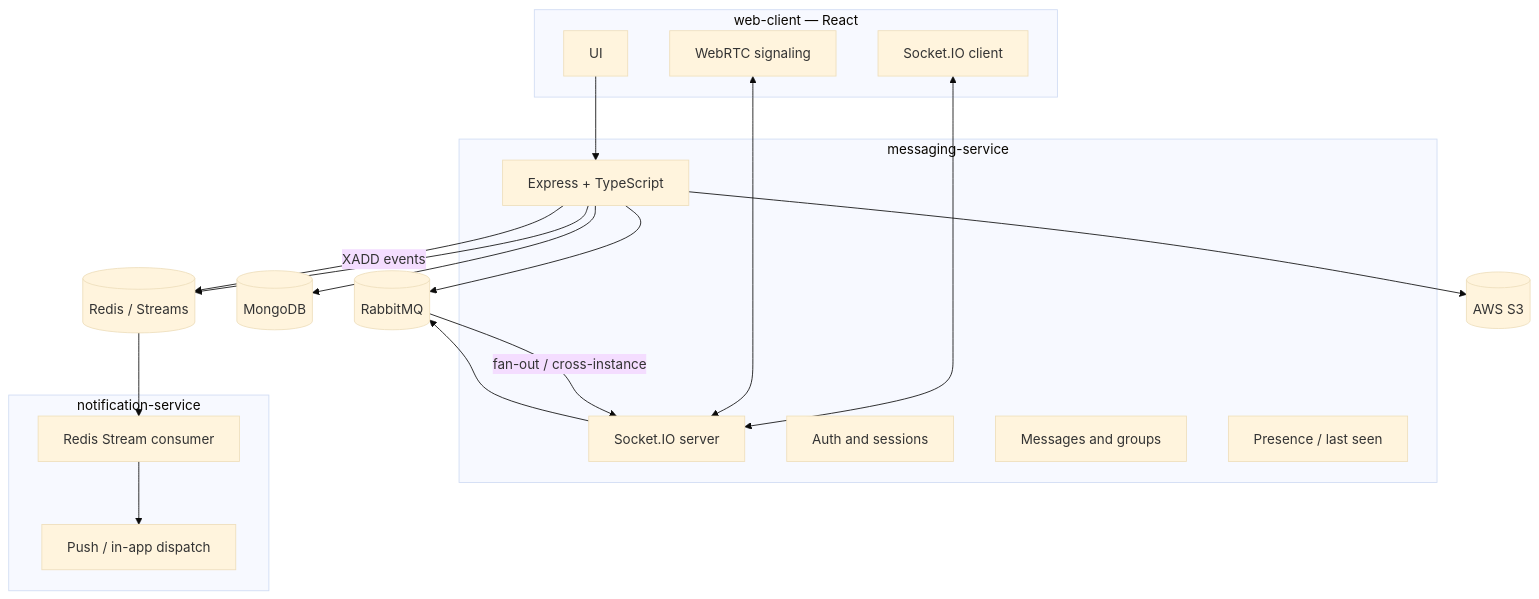
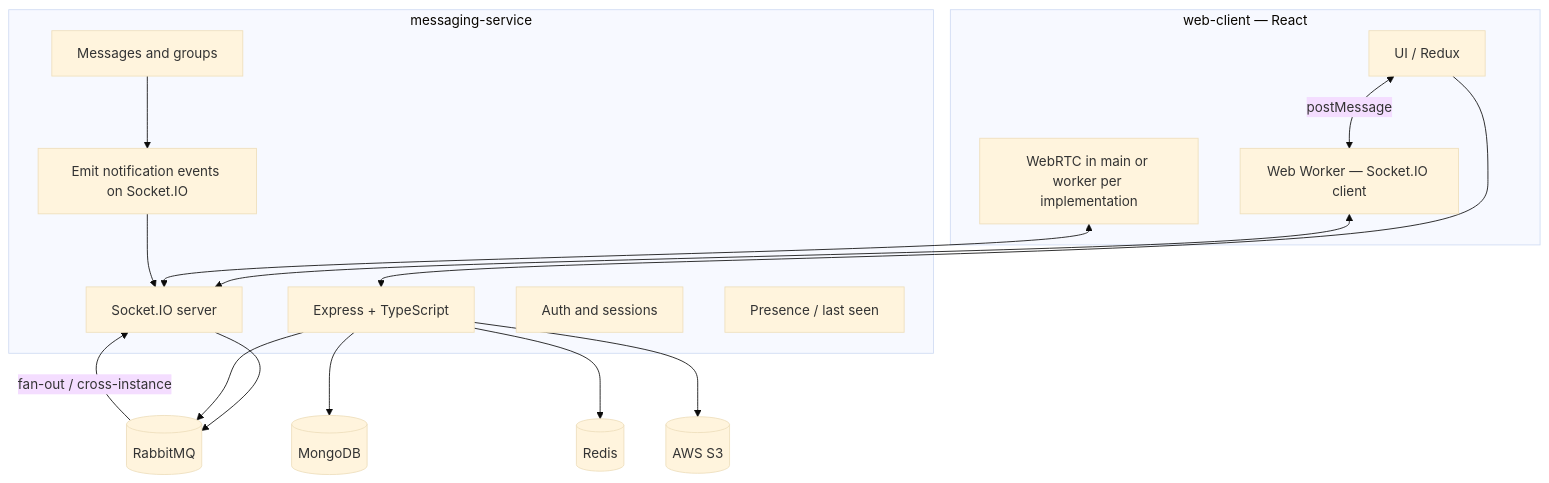
The diagram in docs/PROJECT_PLAN.md (birat051/messaging-system), drawn with Mermaid (base theme) before and after one commit. The commit also changed other lines of this file and 72 other files, not shown here.

````diff
--- a/docs/PROJECT_PLAN.md
+++ b/docs/PROJECT_PLAN.md
@@ -28,39 +30,35 @@
 ```mermaid
 flowchart TB
   subgraph client [web-client — React]
-    UI[UI]
-    SIO[Socket.IO client]
-    RTC[WebRTC signaling]
+    UI[UI / Redux]
+    WW[Web Worker — Socket.IO client]
+    RTC[WebRTC in main or worker per implementation]
   end
 
   subgraph msg [messaging-service]
     Express[Express + TypeScript]
     SocketIO[Socket.IO server]
     Auth[Auth and sessions]
     Msg[Messages and groups]
     Presence[Presence / last seen]
-  end
-
-  subgraph notif [notification-service]
-    Consumer[Redis Stream consumer]
-    Push[Push / in-app dispatch]
+    Notify[Emit notification events on Socket.IO]
   end
 
   Mongo[(MongoDB)]
-  Redis[(Redis / Streams)]
+  Redis[(Redis)]
   RMQ[(RabbitMQ)]
   S3[(AWS S3)]
 
+  UI <-->|postMessage| WW
+  WW <--> SocketIO
   UI --> Express
-  SIO <--> SocketIO
   RTC <--> SocketIO
   Express --> Mongo
   Express --> Redis
   SocketIO --> RMQ
   Express --> RMQ
   Express --> S3
-  Express -->|"XADD events"| Redis
-  Redis --> Consumer
-  Consumer --> Push
+  Msg --> Notify
+  Notify --> SocketIO
   RMQ -->|"fan-out / cross-instance"| SocketIO
 ```
````
